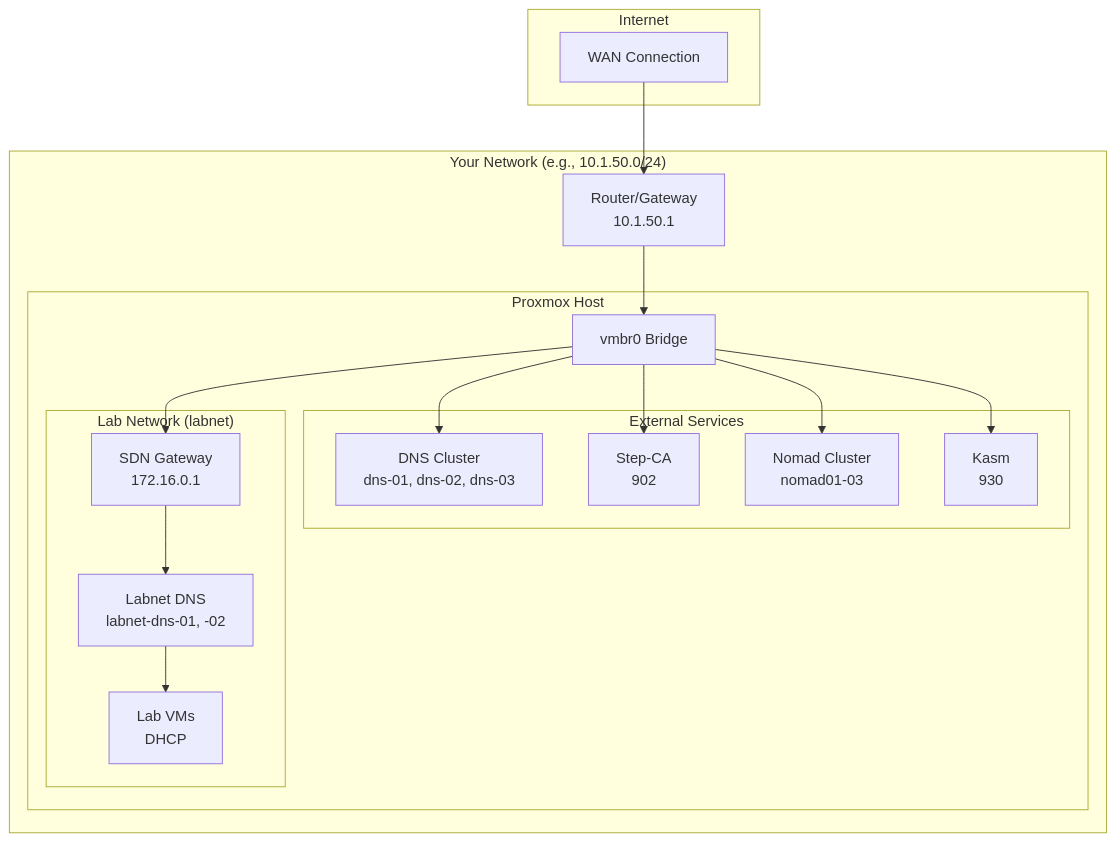
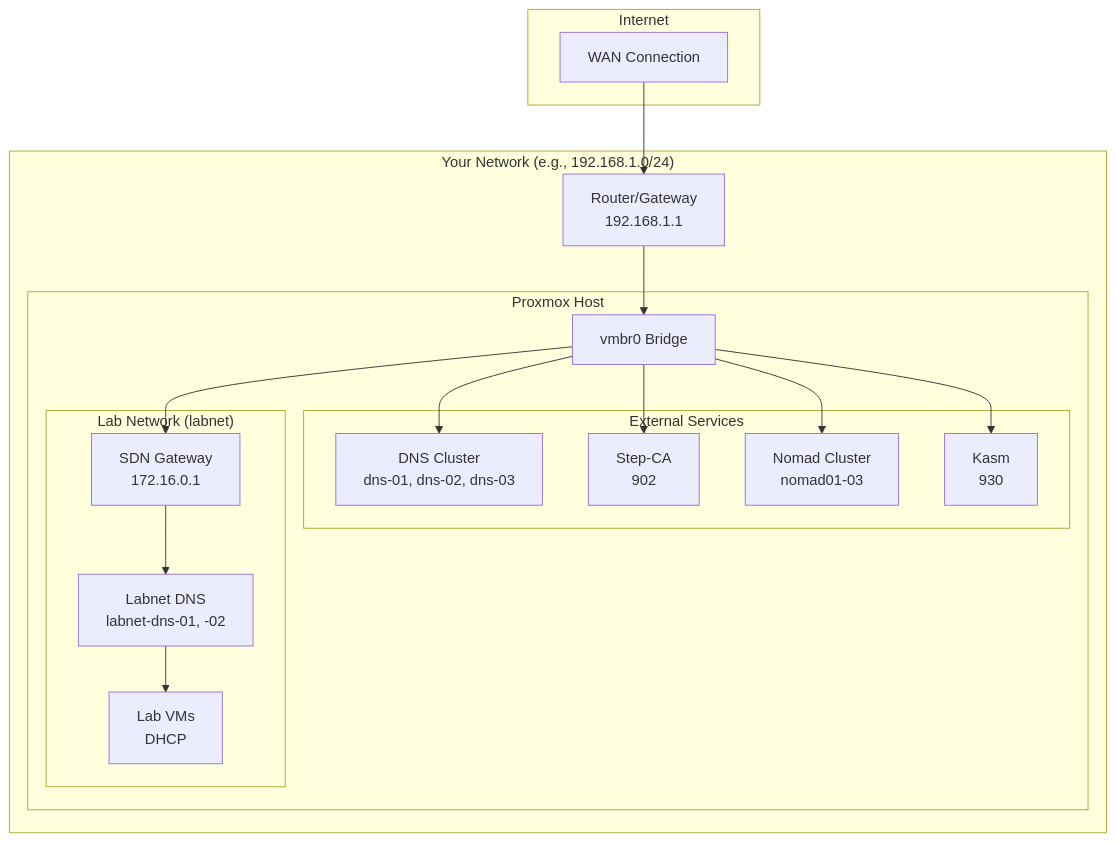
Before and after one commit to jknyght9/proxmox-lab: the first of 2 diagrams in docs/getting-started/prerequisites.md, drawn with Mermaid. The commit also changed other lines of this file and 16 other files, not shown here.

````diff
--- a/docs/getting-started/prerequisites.md
+++ b/docs/getting-started/prerequisites.md
@@ -171,37 +175,37 @@
 ```mermaid
 graph TD
     subgraph internet["Internet"]
         WAN[WAN Connection]
     end
 
-    subgraph lan["Your Network (e.g., 10.1.50.0/24)"]
-        ROUTER[Router/Gateway<br/>10.1.50.1]
+    subgraph lan["Your Network (e.g., 192.168.1.0/24)"]
+        ROUTER[Router/Gateway<br/>192.168.1.1]
 
         subgraph proxmox["Proxmox Host"]
             VMBR0["vmbr0 Bridge"]
 
             subgraph external["External Services"]
                 DNS_CLUSTER[DNS Cluster<br/>dns-01, dns-02, dns-03]
                 STEPCA[Step-CA<br/>902]
                 NOMAD[Nomad Cluster<br/>nomad01-03]
                 KASM_VM[Kasm<br/>930]
             end
 
             subgraph internal["Lab Network (labnet)"]
                 SDN_GW[SDN Gateway<br/>172.16.0.1]
                 LABNET_DNS[Labnet DNS<br/>labnet-dns-01, -02]
                 LAB_VMS[Lab VMs<br/>DHCP]
             end
         end
     end
 
     WAN --> ROUTER
     ROUTER --> VMBR0
     VMBR0 --> DNS_CLUSTER
     VMBR0 --> STEPCA
     VMBR0 --> NOMAD
     VMBR0 --> KASM_VM
     VMBR0 --> SDN_GW
     SDN_GW --> LABNET_DNS
     LABNET_DNS --> LAB_VMS
 ```
````
